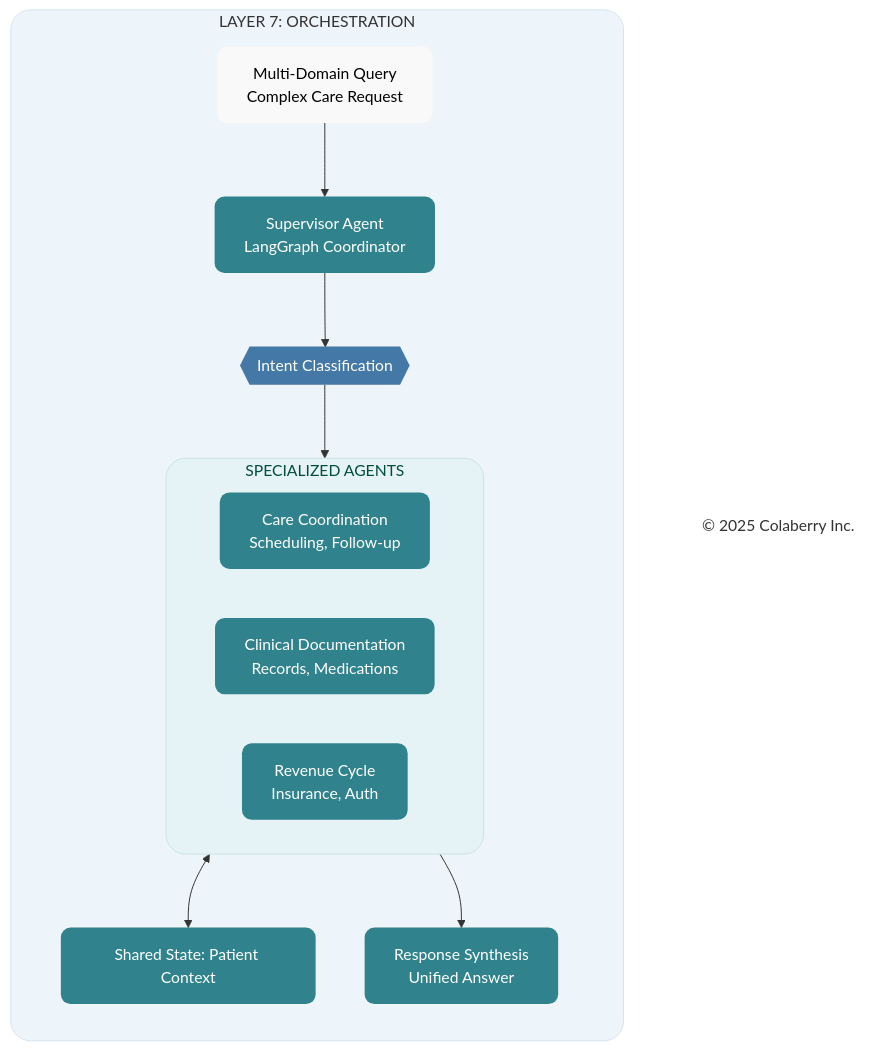
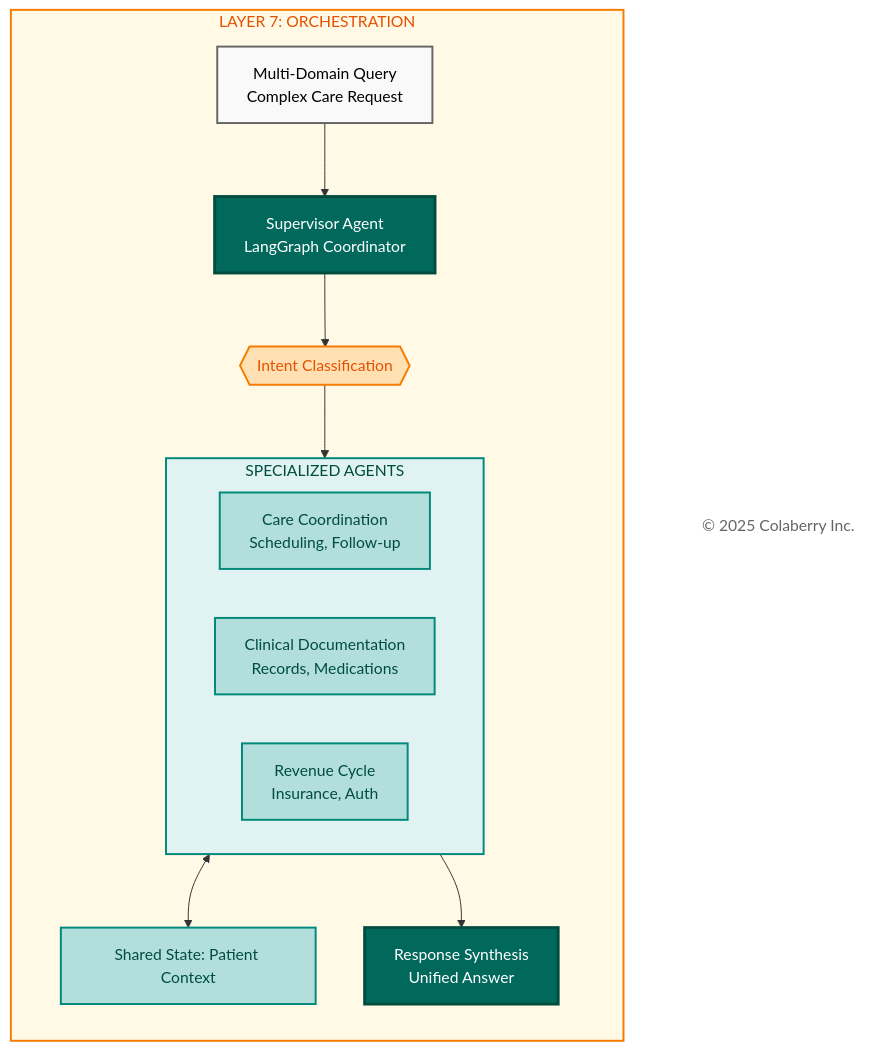
One commit to saitejesh-cyber/trust-before-intelligence-book changed the ninth of 14 diagrams in manuscript/07_chapter_6_transparency_orchestration_layers.md. Above: the diagram before and after it, drawn with Mermaid. The commit also changed other lines of this file and 12 other files, not shown here.

Commit message:
Restore legacy Mermaid styles for Option 1

````diff
--- a/manuscript/07_chapter_6_transparency_orchestration_layers.md
+++ b/manuscript/07_chapter_6_transparency_orchestration_layers.md
@@ -785,40 +781,40 @@
 ```mermaid
 
 graph TB
     subgraph LAYER7["LAYER 7: ORCHESTRATION"]
         direction TB
         Query["Multi-Domain Query<br/>Complex Care Request"]
         Supervisor["Supervisor Agent<br/>LangGraph Coordinator"]
         Intent{{"Intent Classification"}}
         
         subgraph AGENTS["SPECIALIZED AGENTS"]
             direction LR
             Care["Care Coordination<br/>Scheduling, Follow-up"]
             Clinical["Clinical Documentation<br/>Records, Medications"]
             Revenue["Revenue Cycle<br/>Insurance, Auth"]
         end
         
         State["Shared State: Patient Context"]
         Synthesis["Response Synthesis<br/>Unified Answer"]
     end
     
     Copyright["© 2025 Colaberry Inc."]
     
     Query --> Supervisor --> Intent
     Intent --> AGENTS
     AGENTS <--> State
     AGENTS --> Synthesis
     
-    style LAYER7 fill:#edf4fa,stroke:#d6e4f2,stroke-width:1px,color:#333333,rx:20,ry:20
-    style Query fill:#f9f9f9,stroke:none,color:#000000,rx:10,ry:10
-    style Supervisor fill:#30838C,stroke:none,color:#ffffff,rx:10,ry:10
-    style Intent fill:#4478A6,stroke:none,color:#ffffff,rx:10,ry:10
-    style AGENTS fill:#e6f3f6,stroke:#c7e3ea,stroke-width:1px,color:#004d40,rx:20,ry:20
-    style Care fill:#30838C,stroke:none,color:#ffffff,rx:10,ry:10
-    style Clinical fill:#30838C,stroke:none,color:#ffffff,rx:10,ry:10
-    style Revenue fill:#30838C,stroke:none,color:#ffffff,rx:10,ry:10
-    style State fill:#30838C,stroke:none,color:#ffffff,rx:10,ry:10
-    style Synthesis fill:#30838C,stroke:none,color:#ffffff,rx:10,ry:10
-    style Copyright fill:none,stroke:none,color:#333333
+    style LAYER7 fill:#fff9e6,stroke:#f57c00,stroke-width:2px,color:#e65100
+    style Query fill:#f9f9f9,stroke:#666666,stroke-width:2px,color:#000000
+    style Supervisor fill:#00695c,color:#ffffff,stroke:#004d40,stroke-width:3px
+    style Intent fill:#ffe0b2,stroke:#f57c00,stroke-width:2px,color:#e65100
+    style AGENTS fill:#e0f2f1,stroke:#00897b,stroke-width:2px,color:#004d40
+    style Care fill:#b2dfdb,stroke:#00897b,stroke-width:2px,color:#004d40
+    style Clinical fill:#b2dfdb,stroke:#00897b,stroke-width:2px,color:#004d40
+    style Revenue fill:#b2dfdb,stroke:#00897b,stroke-width:2px,color:#004d40
+    style State fill:#b2dfdb,stroke:#00897b,stroke-width:2px,color:#004d40
+    style Synthesis fill:#00695c,color:#ffffff,stroke:#004d40,stroke-width:3px
+    style Copyright fill:#ffffff,stroke:none,color:#666666
 
 ```
````
